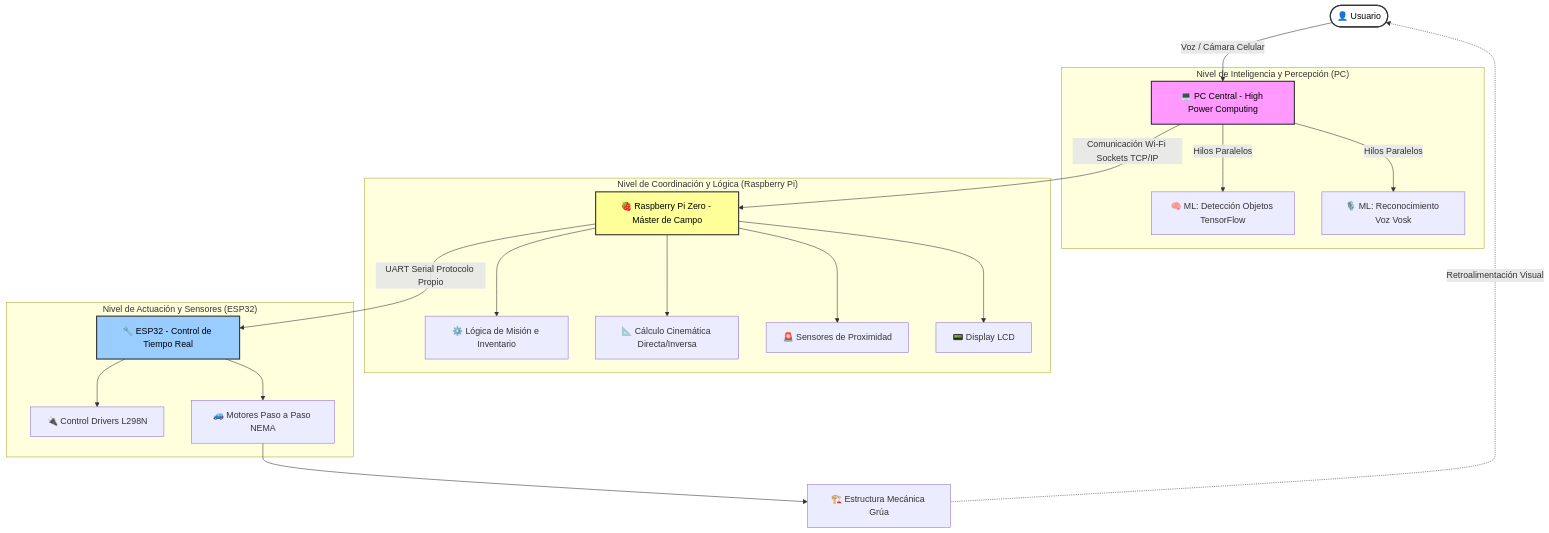
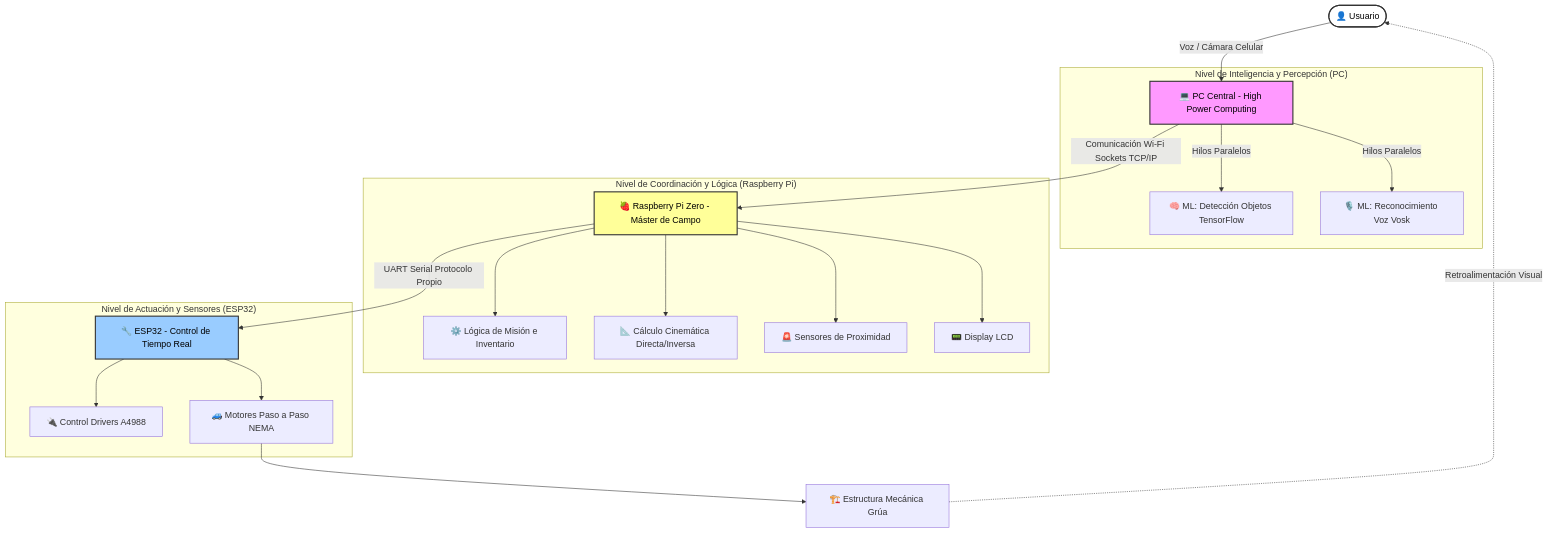
Before and after one commit to ValentinColuccio/Almacenamiento-con-Grua-Torre-Coluccio-Gomez: the diagram in README.md, drawn with Mermaid. The commit also changed other lines of this file, not shown here.

````diff
--- a/README.md
+++ b/README.md
@@ -94,33 +94,33 @@
 ```mermaid
 graph TD
     User([👤 Usuario]) -->|Voz / Cámara Celular| PC[💻 PC Central - High Power Computing]
     
     subgraph "Nivel de Inteligencia y Percepción (PC)"
         PC -->|Hilos Paralelos| ML_Img[🧠 ML: Detección Objetos TensorFlow]
         PC -->|Hilos Paralelos| ML_Voice[🎙️ ML: Reconocimiento Voz Vosk]
     end
 
     PC -->|Comunicación Wi-Fi Sockets TCP/IP| RPi[🍓 Raspberry Pi Zero - Máster de Campo]
 
     subgraph "Nivel de Coordinación y Lógica (Raspberry Pi)"
         RPi --> Logic[⚙️ Lógica de Misión e Inventario]
         RPi --> Kinematics[📐 Cálculo Cinemática Directa/Inversa]
         RPi --> Sensors[🚨 Sensores de Proximidad]
         RPi --> Display[📟 Display LCD]
     end
 
     RPi -->|UART Serial Protocolo Propio| ESP32[🔧 ESP32 - Control de Tiempo Real]
 
     subgraph "Nivel de Actuación y Sensores (ESP32)"
-        ESP32 --> Drivers[🔌 Control Drivers L298N]
+        ESP32 --> Drivers[🔌 Control Drivers A4988]
         ESP32 --> Motors[🚙 Motores Paso a Paso NEMA]
     end
 
     Motors --> Crane[🏗️ Estructura Mecánica Grúa]
     Crane -.->|Retroalimentación Visual| User
 
     style PC fill:#f9f,stroke:#333,stroke-width:2px,color:#000
     style RPi fill:#ff9,stroke:#333,stroke-width:2px,color:#000
     style ESP32 fill:#9cf,stroke:#333,stroke-width:2px,color:#000
     style User fill:#fff,stroke:#333,stroke-width:2px,color:#000
 ```
````
